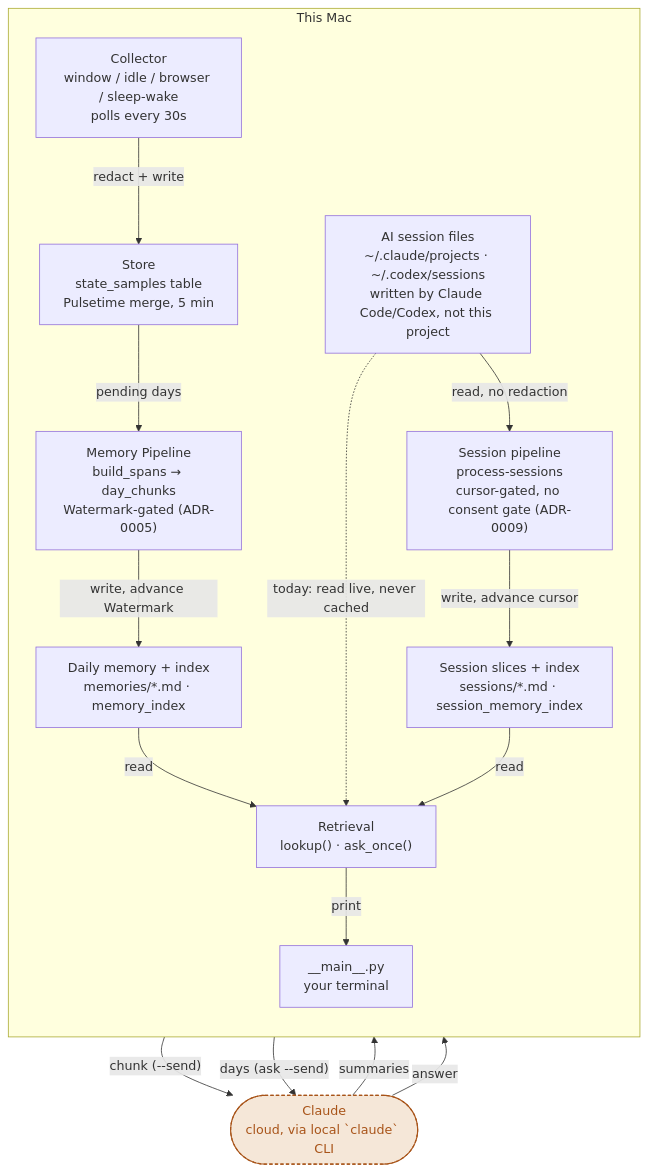
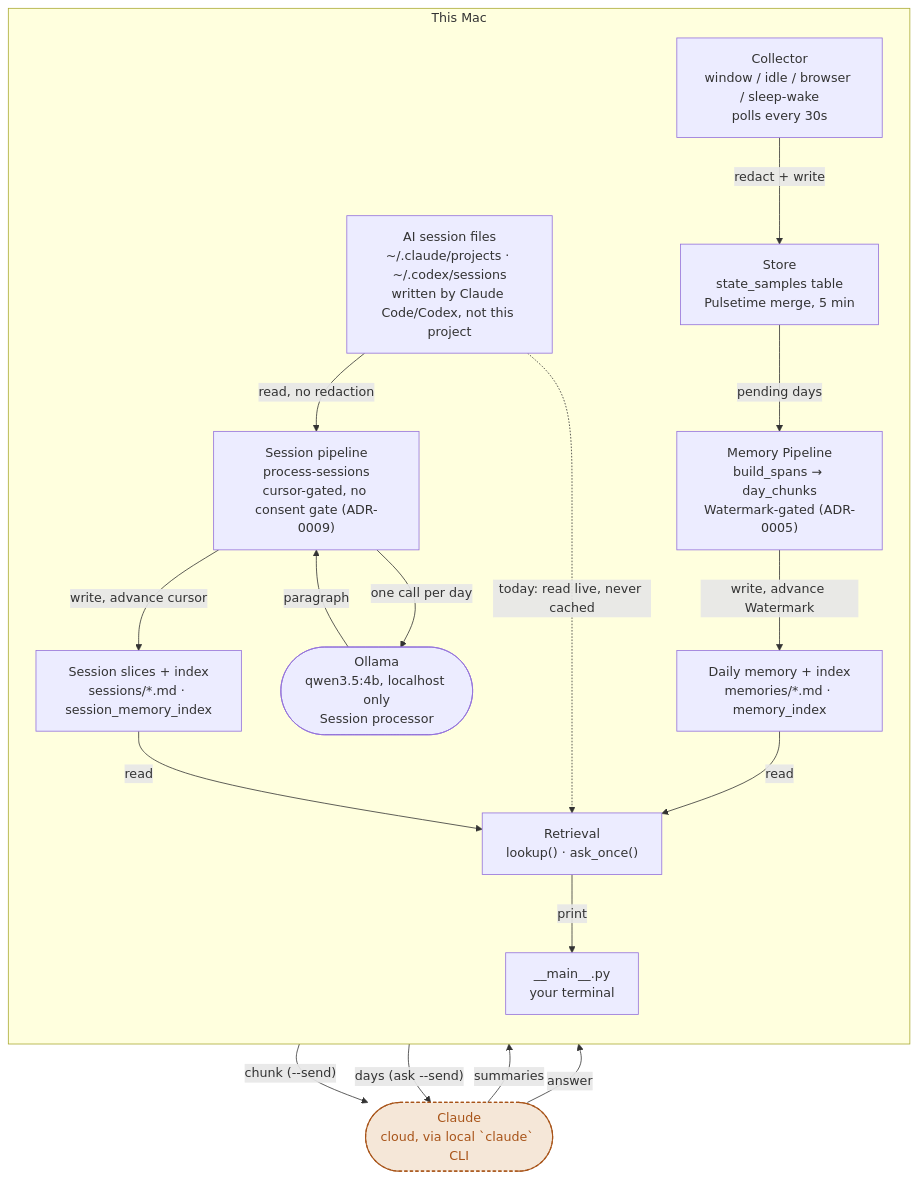
The second of 3 diagrams in README.md (Haro3573/computer_history_local-CLI-use), drawn with Mermaid before and after one commit. The commit also changed other lines of this file and 4 other files, not shown here.

First line of the commit message:
Add local-LLM Session processor adapter (Ollama, qwen3.5:4b) (ticket #32)

````diff
--- a/README.md
+++ b/README.md
@@ -60,33 +60,36 @@
 ```mermaid
 flowchart TD
     subgraph Mac["This Mac"]
         direction TB
         Collector["Collector<br/>window / idle / browser / sleep-wake<br/>polls every 30s"]
         Store["Store<br/>state_samples table<br/>Pulsetime merge, 5 min"]
         Pipeline["Memory Pipeline<br/>build_spans → day_chunks<br/>Watermark-gated (ADR-0005)"]
         Files["Daily memory + index<br/>memories/*.md · memory_index"]
         AISessions["AI session files<br/>~/.claude/projects · ~/.codex/sessions<br/>written by Claude Code/Codex, not this project"]
         SessionPipeline["Session pipeline<br/>process-sessions<br/>cursor-gated, no consent gate (ADR-0009)"]
+        Ollama(["Ollama<br/>qwen3.5:4b, localhost only<br/>Session processor"])
         SessionFiles["Session slices + index<br/>sessions/*.md · session_memory_index"]
         Retrieval["Retrieval<br/>lookup() · ask_once()"]
         CLI["__main__.py<br/>your terminal"]
 
         Collector -->|redact + write| Store
         Store -->|pending days| Pipeline
         Pipeline -->|write, advance Watermark| Files
         Files -->|read| Retrieval
         AISessions -->|read, no redaction| SessionPipeline
         AISessions -.->|today: read live, never cached| Retrieval
+        SessionPipeline -->|"one call per day"| Ollama
+        Ollama -->|paragraph| SessionPipeline
         SessionPipeline -->|write, advance cursor| SessionFiles
         SessionFiles -->|read| Retrieval
         Retrieval -->|print| CLI
     end
 
     Cloud(["Claude<br/>cloud, via local `claude` CLI"]):::transfer
     Pipeline -->|"chunk (--send)"| Cloud
     Cloud -->|summaries| Pipeline
     Retrieval -->|"days (ask --send)"| Cloud
     Cloud -->|answer| Retrieval
 
     classDef transfer fill:#f5e7d8,stroke:#a85419,color:#a85419,stroke-width:1.5px,stroke-dasharray: 4 3;
 ```
````
